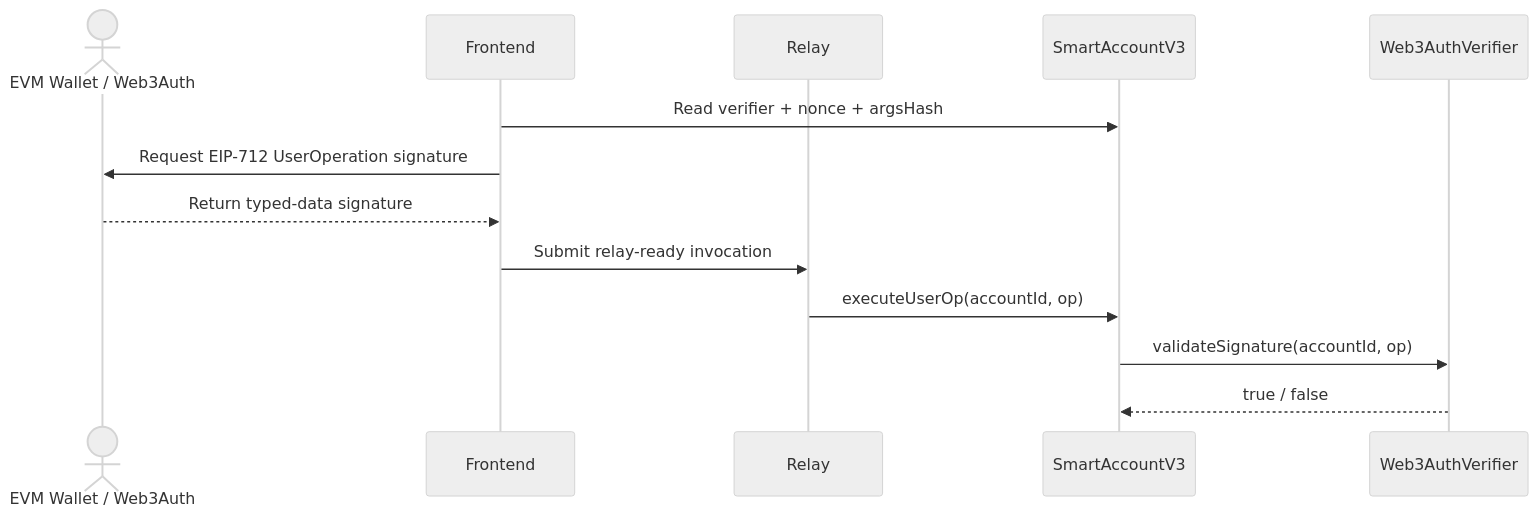
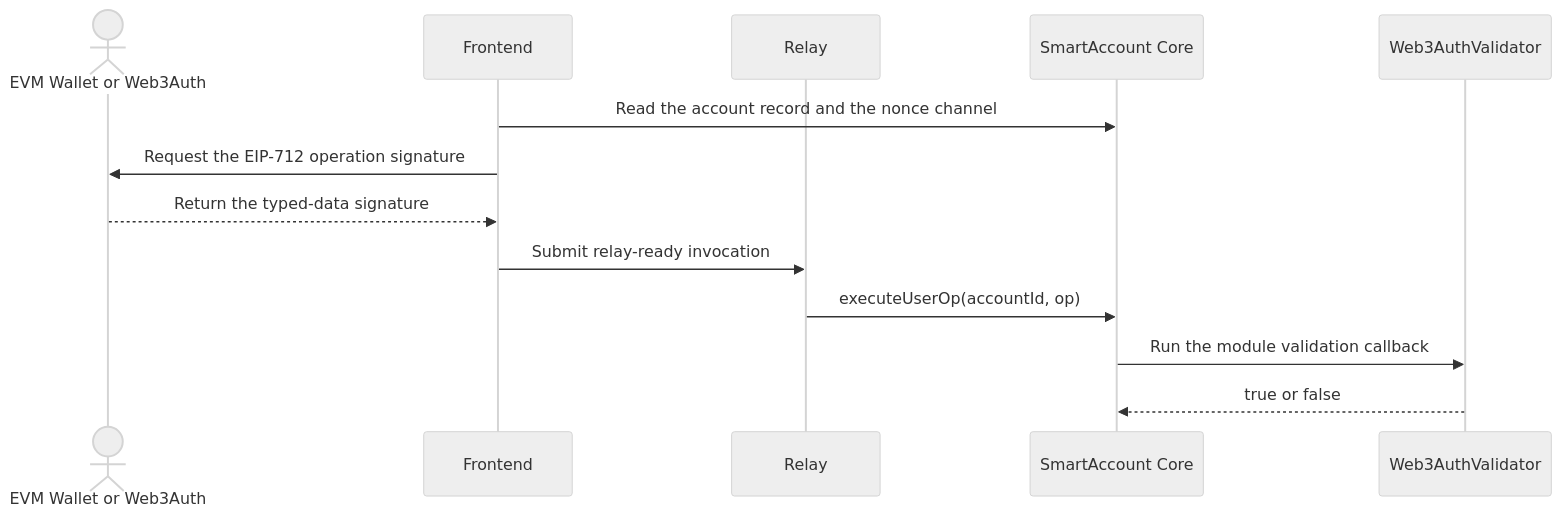
Before and after one commit to r3e-network/neo-os-aa: the fourth of 4 diagrams in frontend/src/assets/docs/workflow.md, drawn with Mermaid (neutral theme). The commit also changed other lines of this file and 425 other files, not shown here.

````diff
--- a/frontend/src/assets/docs/workflow.md
+++ b/frontend/src/assets/docs/workflow.md
@@ -88,16 +103,16 @@
 ```mermaid
 sequenceDiagram
-    actor EVM as EVM Wallet / Web3Auth
+    actor EVM as EVM Wallet or Web3Auth
     participant Browser as Frontend
     participant Relay as Relay
-    participant Core as SmartAccountV3
-    participant Verifier as Web3AuthVerifier
+    participant Core as SmartAccount Core
+    participant Validator as Web3AuthValidator
 
-    Browser->>Core: Read verifier + nonce + argsHash
-    Browser->>EVM: Request EIP-712 UserOperation signature
-    EVM-->>Browser: Return typed-data signature
+    Browser->>Core: Read the account record and the nonce channel
+    Browser->>EVM: Request the EIP-712 operation signature
+    EVM-->>Browser: Return the typed-data signature
     Browser->>Relay: Submit relay-ready invocation
     Relay->>Core: executeUserOp(accountId, op)
-    Core->>Verifier: validateSignature(accountId, op)
-    Verifier-->>Core: true / false
+    Core->>Validator: Run the module validation callback
+    Validator-->>Core: true or false
 ```
````
